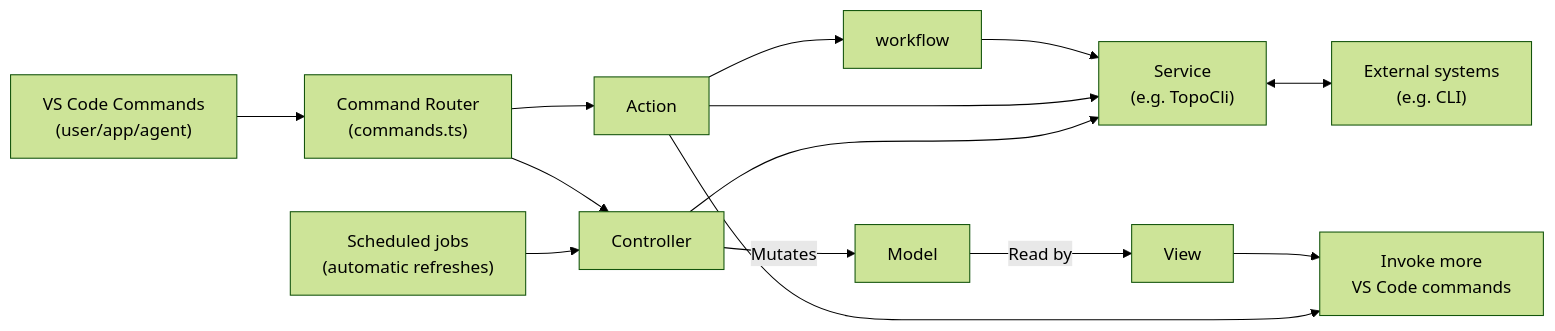
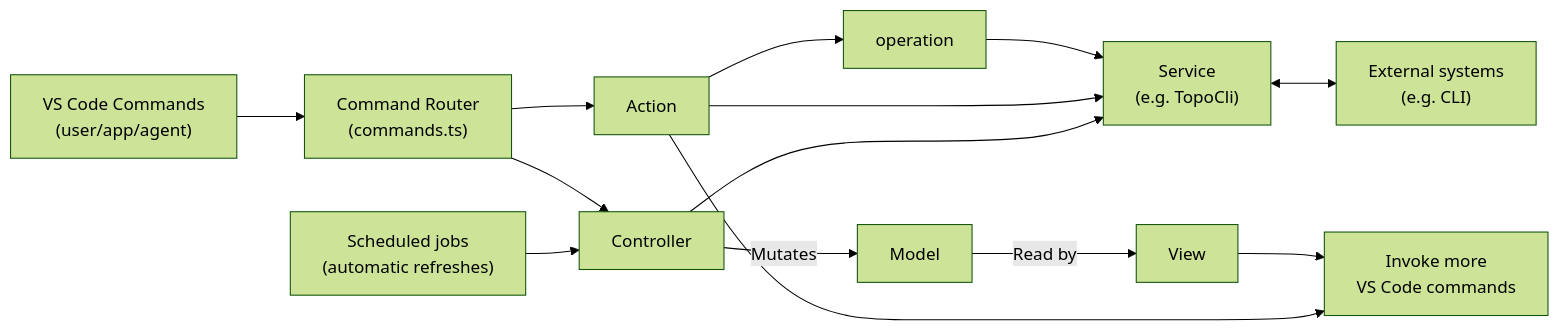
One commit to arm/vscode-topo changed the diagram in docs/architecture.md. Above: the diagram before and after it, drawn with Mermaid (forest theme). The commit also changed other lines of this file and 9 other files, not shown here.

````diff
--- a/docs/architecture.md
+++ b/docs/architecture.md
@@ -9,20 +9,20 @@
 ```mermaid
 flowchart LR
     vscode["VS Code Commands<br/>(user/app/agent)"] --> router["Command Router<br/>(commands.ts)"]
     scheduled["Scheduled jobs<br/>(automatic refreshes)"] --> controller
 
     router --> controller["Controller"]
     router --> action["Action"]
 
     controller --> service["Service<br/>(e.g. TopoCli)"]
     action --> service
-    action --> workflow
-    workflow --> service
+    action --> operation
+    operation --> service
     service <--> outsideWorld["External systems<br/>(e.g. CLI)"]
 
     controller -->|Mutates| model["Model"]
     model -->|Read by| view["View"]
 
     action --> command["Invoke more<br/>VS Code commands"]
     view --> command
 ```
````
